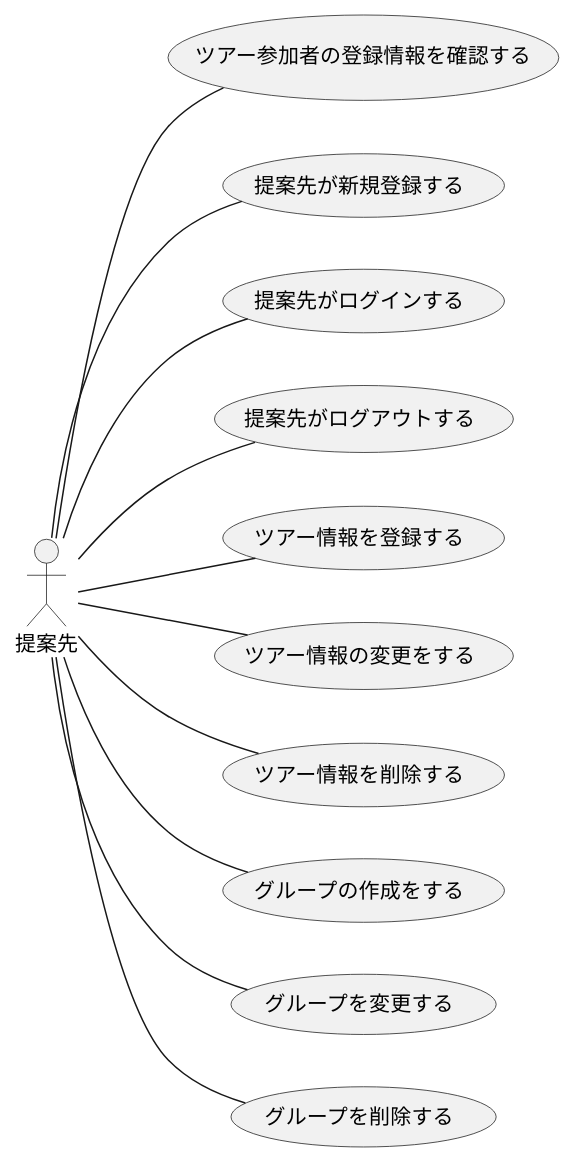
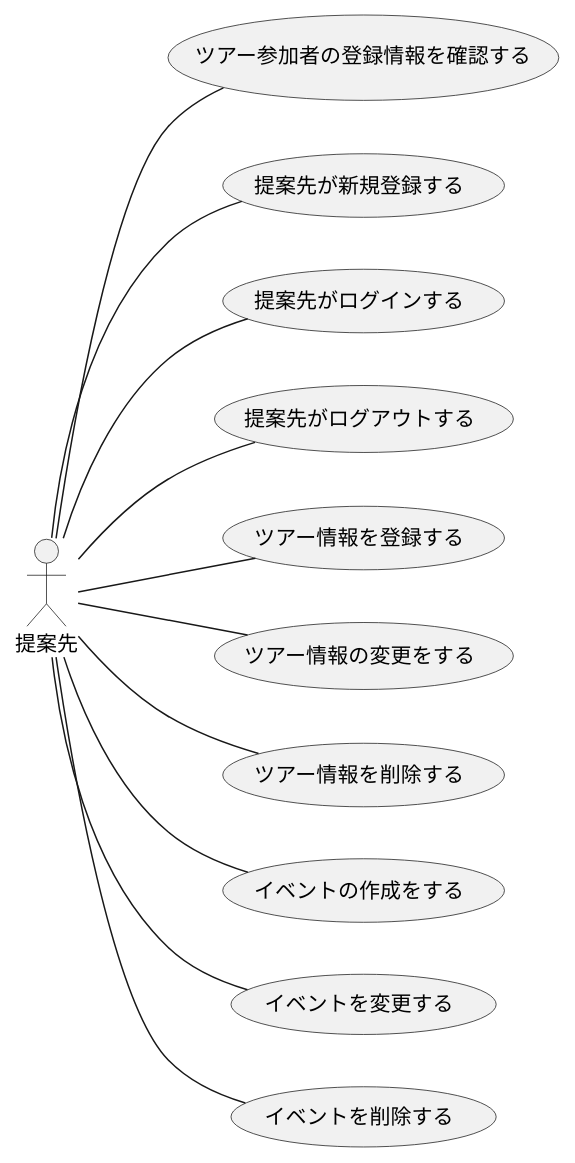
Before and after one commit to ksw2270227/GroupF: the diagram in F_usecase_client.plantuml, drawn with PlantUML. The commit also changed 3 other files, not shown here.

```diff
--- a/F_usecase_client.plantuml
+++ b/F_usecase_client.plantuml
@@ -1,17 +1,17 @@
 @startuml 提案先
 left to right direction
 actor 提案先
 
 提案先 -- (ツアー参加者の登録情報を確認する)
 提案先 -- (提案先が新規登録する)
 提案先 -- (提案先がログインする)
 提案先 -- (提案先がログアウトする)
 提案先 -- (ツアー情報を登録する)
 提案先 -- (ツアー情報の変更をする)
 提案先 -- (ツアー情報を削除する)
-提案先 -- (グループの作成をする)
-提案先 -- (グループを変更する)
-提案先 -- (グループを削除する)
+提案先 -- (イベントの作成をする)
+提案先 -- (イベントを変更する)
+提案先 -- (イベントを削除する)
 
 
 @enduml
```
